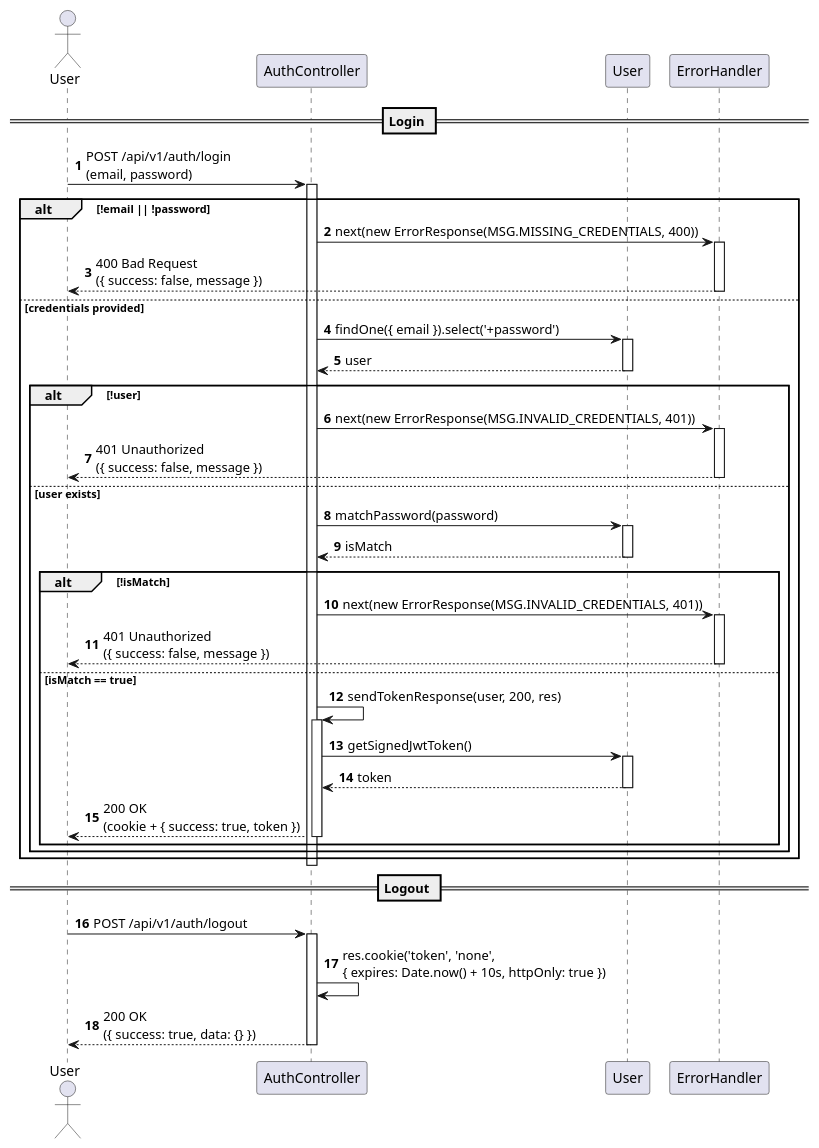
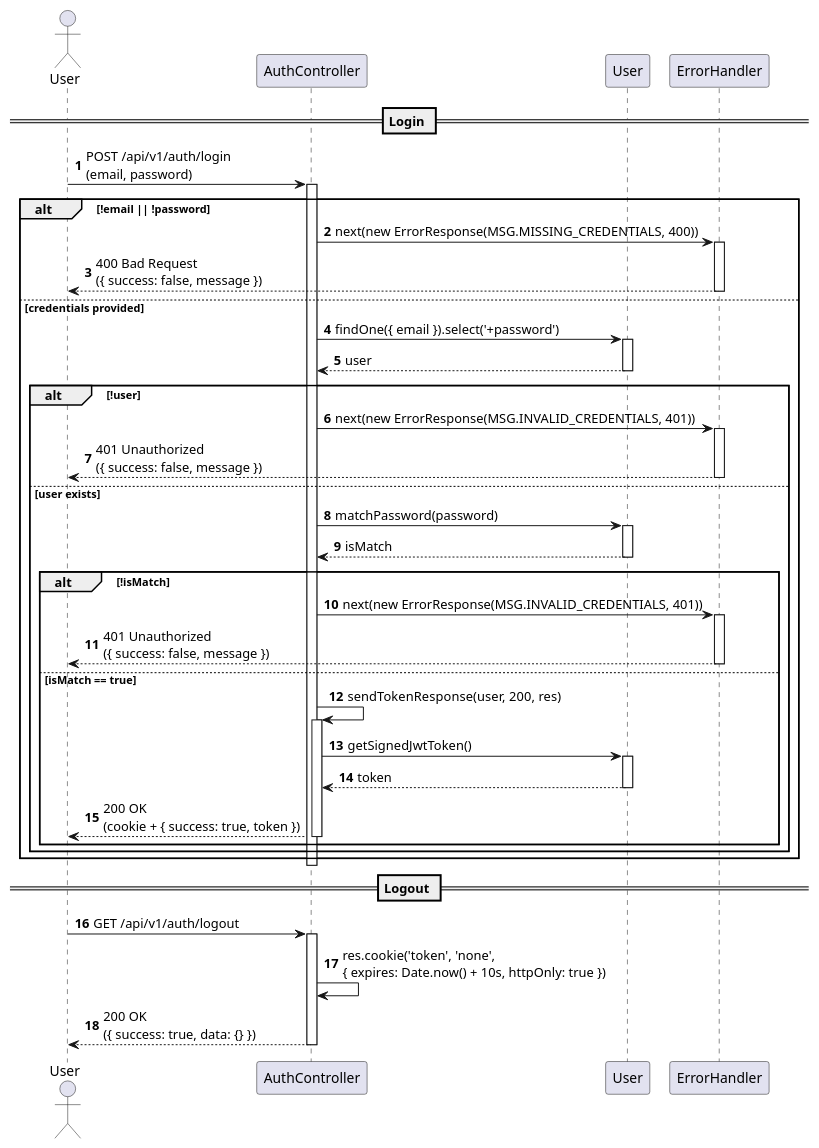
Before and after one commit to AiSiriRak/peony-room: the diagram in docs/diagrams/sequence-diagram/seq-login-logout.puml, drawn with PlantUML. The commit also changed 1 other file, not shown here.

Commit message:
fix(docs): fix logout path

```diff
--- a/docs/diagrams/sequence-diagram/seq-login-logout.puml
+++ b/docs/diagrams/sequence-diagram/seq-login-logout.puml
@@ -1,67 +1,67 @@
-@startuml Login Sequence
+@startuml Login / Logout Sequence
 autonumber
 
 actor "User" as user
 participant "AuthController" as controller
 participant "User" as userSchema
 participant "ErrorHandler" as errHandler
 
 == Login ==
 
 user -> controller : POST /api/v1/auth/login\n(email, password)
 activate controller
 
 alt !email || !password
     controller -> errHandler : next(new ErrorResponse(MSG.MISSING_CREDENTIALS, 400))
     activate errHandler
     errHandler --> user : 400 Bad Request\n({ success: false, message })
     deactivate errHandler
 else credentials provided
     controller -> userSchema : findOne({ email }).select('+password')
     activate userSchema
     userSchema --> controller : user
     deactivate userSchema
 
     alt !user
         controller -> errHandler : next(new ErrorResponse(MSG.INVALID_CREDENTIALS, 401))
         activate errHandler
         errHandler --> user : 401 Unauthorized\n({ success: false, message })
         deactivate errHandler
     else user exists
         controller -> userSchema : matchPassword(password)
         activate userSchema
         userSchema --> controller : isMatch
         deactivate userSchema
 
         alt !isMatch
             controller -> errHandler : next(new ErrorResponse(MSG.INVALID_CREDENTIALS, 401))
             activate errHandler
             errHandler --> user : 401 Unauthorized\n({ success: false, message })
             deactivate errHandler
         else isMatch == true
             controller -> controller : sendTokenResponse(user, 200, res)
             activate controller
             controller -> userSchema : getSignedJwtToken()
             activate userSchema
             userSchema --> controller : token
             deactivate userSchema
 
             controller --> user : 200 OK\n(cookie + { success: true, token })
             deactivate controller
         end
     end
 end
 
 deactivate controller
 
 == Logout ==
 
-user -> controller : POST /api/v1/auth/logout
+user -> controller : GET /api/v1/auth/logout
 activate controller
 
 controller -> controller : res.cookie('token', 'none',\n{ expires: Date.now() + 10s, httpOnly: true })
 
 controller --> user : 200 OK\n({ success: true, data: {} })
 
 deactivate controller
 @enduml
```
